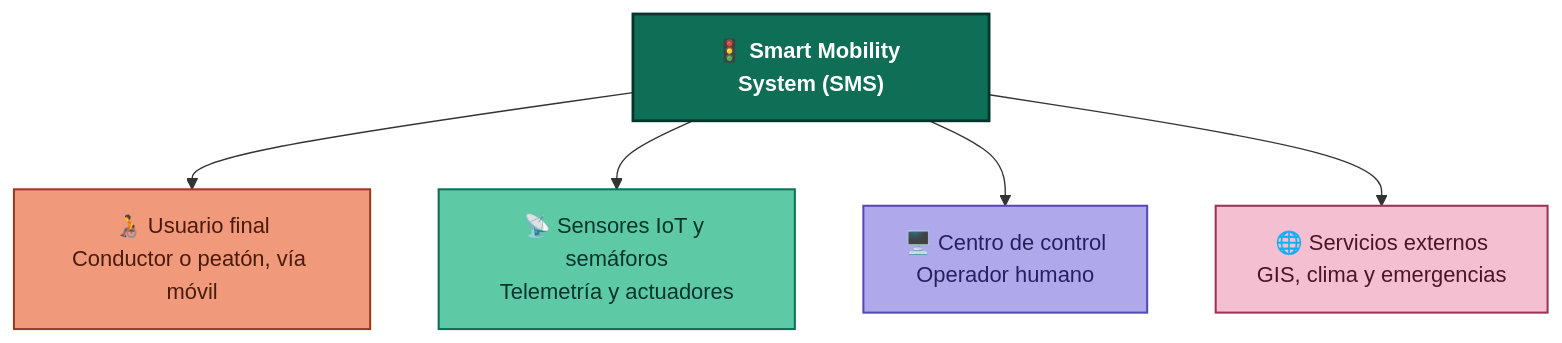
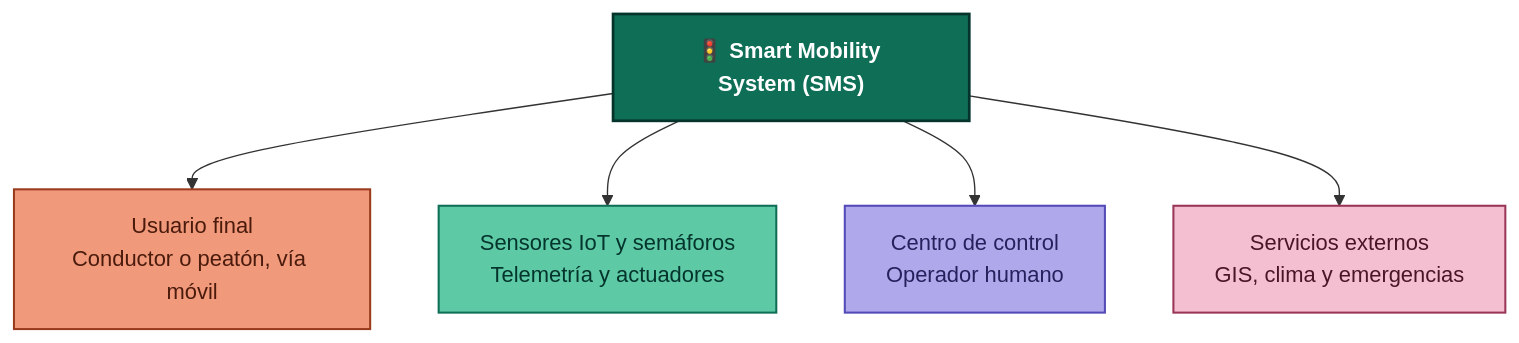
One commit to JhonathanMusa/smart-mobility-system changed the diagram in docs/docs_fase2-analisis.md. Above: the diagram before and after it, drawn with Mermaid. The commit also changed 1 other file, not shown here.

````diff
--- a/docs/docs_fase2-analisis.md
+++ b/docs/docs_fase2-analisis.md
@@ -11,21 +11,21 @@
 ```mermaid
 flowchart TD
 SMS["🚦 Smart Mobility System (SMS)"]
 
-SMS --> USR["🧑‍🦽 Usuario final\nConductor o peatón, vía móvil"]
-SMS --> IOT["📡 Sensores IoT y semáforos\nTelemetría y actuadores"]
-SMS --> CC["🖥️ Centro de control\nOperador humano"]
-SMS --> EXT["🌐 Servicios externos\nGIS, clima y emergencias"]
+SMS --> USR["Usuario final\nConductor o peatón, vía móvil"]
+SMS --> IOT["Sensores IoT y semáforos\nTelemetría y actuadores"]
+SMS --> CC["Centro de control\nOperador humano"]
+SMS --> EXT["Servicios externos\nGIS, clima y emergencias"]
 
 classDef hub fill:#0F6E56,stroke:#04342C,stroke-width:2px,color:#FFFFFF,font-weight:bold;
 classDef core fill:#5DCAA5,stroke:#0F6E56,stroke-width:1.5px,color:#04342C;
 classDef user fill:#F0997B,stroke:#993C1D,stroke-width:1.5px,color:#4A1B0C;
 classDef admin fill:#AFA9EC,stroke:#534AB7,stroke-width:1.5px,color:#26215C;
 classDef ext fill:#F4C0D1,stroke:#993556,stroke-width:1.5px,color:#4B1528;
 
 class SMS hub
 class USR user
 class IOT core
 class CC admin
 class EXT ext
 ```
````
